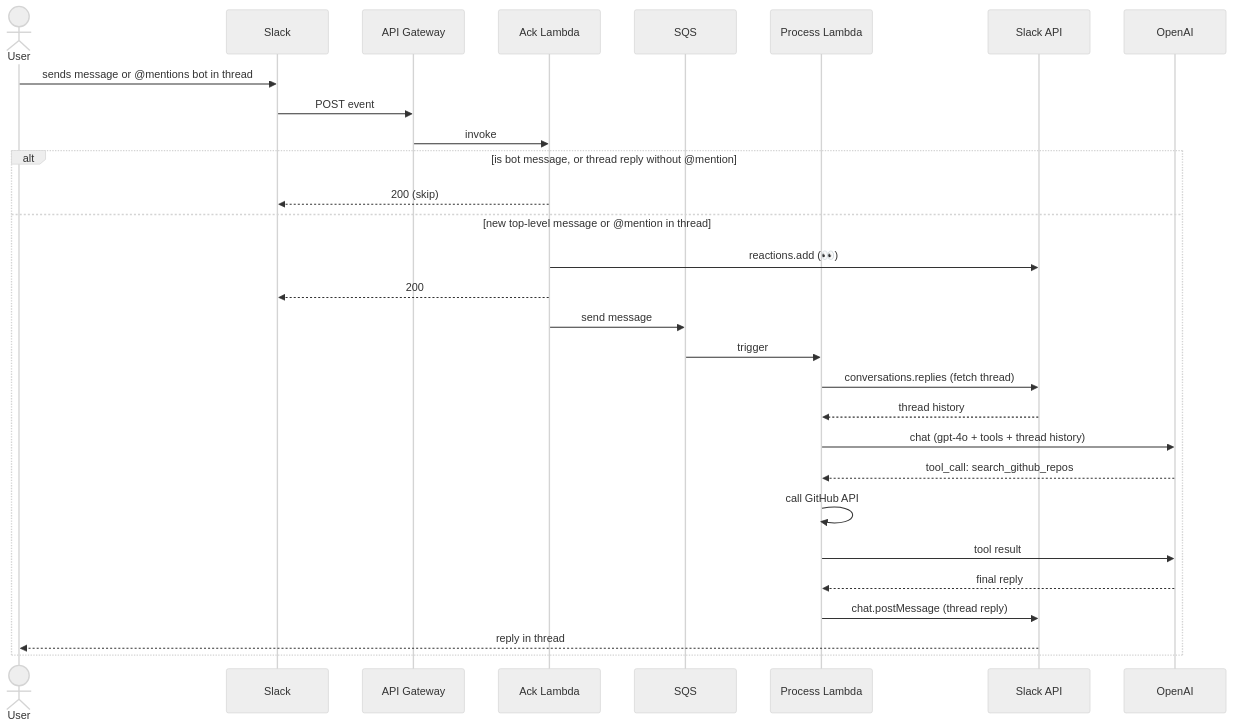
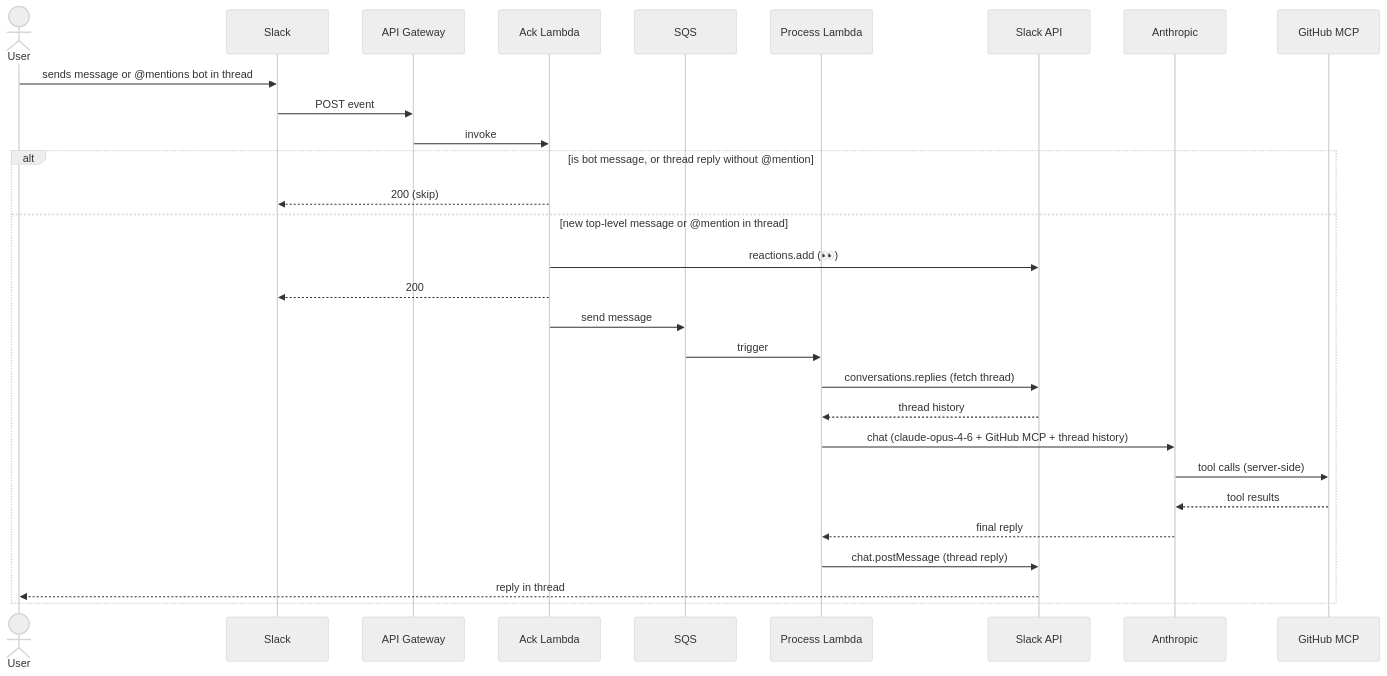
One commit to alecryan88/slack_bot changed the second of 2 diagrams in README.md. Above: the diagram before and after it, drawn with Mermaid (neutral theme). The commit also changed other lines of this file and 6 other files, not shown here.

````diff
--- a/README.md
+++ b/README.md
@@ -24,33 +24,33 @@
 ```mermaid
 sequenceDiagram
     actor User
     participant Slack
     participant API Gateway
     participant Ack Lambda
     participant SQS
     participant Process Lambda
     participant Slack API
-    participant OpenAI
+    participant Anthropic
+    participant GitHub MCP
 
     User->>Slack: sends message or @mentions bot in thread
     Slack->>API Gateway: POST event
     API Gateway->>Ack Lambda: invoke
 
     alt is bot message, or thread reply without @mention
         Ack Lambda-->>Slack: 200 (skip)
     else new top-level message or @mention in thread
         Ack Lambda->>Slack API: reactions.add (👀)
         Ack Lambda-->>Slack: 200
         Ack Lambda->>SQS: send message
         SQS->>Process Lambda: trigger
         Process Lambda->>Slack API: conversations.replies (fetch thread)
         Slack API-->>Process Lambda: thread history
-        Process Lambda->>OpenAI: chat (gpt-4o + tools + thread history)
-        OpenAI-->>Process Lambda: tool_call: search_github_repos
-        Process Lambda->>Process Lambda: call GitHub API
-        Process Lambda->>OpenAI: tool result
-        OpenAI-->>Process Lambda: final reply
+        Process Lambda->>Anthropic: chat (claude-opus-4-6 + GitHub MCP + thread history)
+        Anthropic->>GitHub MCP: tool calls (server-side)
+        GitHub MCP-->>Anthropic: tool results
+        Anthropic-->>Process Lambda: final reply
         Process Lambda->>Slack API: chat.postMessage (thread reply)
         Slack API-->>User: reply in thread
     end
 ```
````
